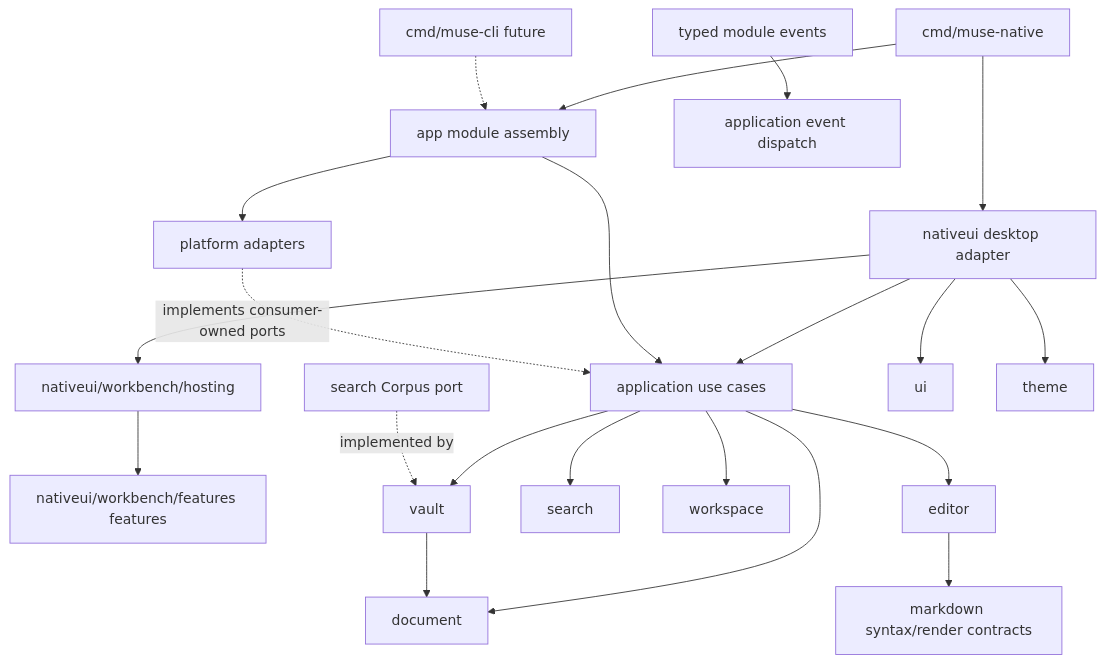
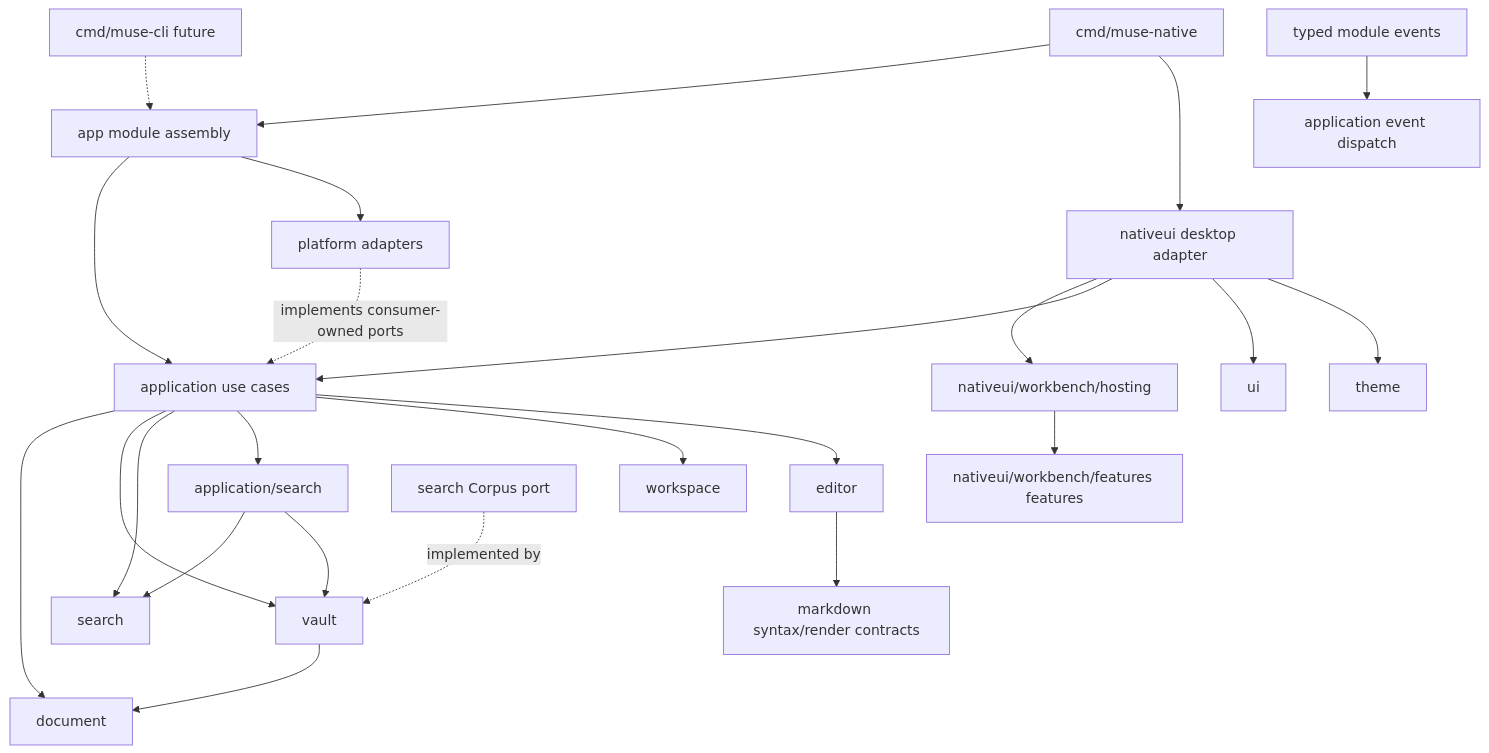
Before and after one commit to wheregrassdreams/muse: the diagram in docs/architecture.md, drawn with Mermaid. The commit also changed other lines of this file, not shown here.

Commit message:
docs(architecture): freeze module ownership contract

````diff
--- a/docs/architecture.md
+++ b/docs/architecture.md
@@ -342,23 +412,26 @@
 ```mermaid
 flowchart TD
   DesktopCmd[cmd/muse-native] --> App[app module assembly]
   CLIFuture[cmd/muse-cli future] -.-> App
   DesktopCmd --> UI[nativeui desktop adapter]
   UI --> WindowHost[nativeui/workbench/hosting]
   WindowHost --> Features[nativeui/workbench/features features]
   UI --> UseCases[application use cases]
   App --> UseCases
   App --> Platform[platform adapters]
   UseCases --> Document[document]
   UseCases --> Vault[vault]
   UseCases --> Search[search]
+  UseCases --> AppSearch[application/search]
+  AppSearch --> Search
+  AppSearch --> Vault
   UseCases --> Workspace[workspace]
   UseCases --> Editor[editor]
   Editor --> Markdown[markdown syntax/render contracts]
   Vault --> Document
   SearchPort[search Corpus port] -.implemented by.-> Vault
   Platform -.implements consumer-owned ports.-> UseCases
   UI --> SharedUI[ui]
   UI --> Theme[theme]
   DomainEvents[typed module events] --> Dispatcher[application event dispatch]
 ```
````
